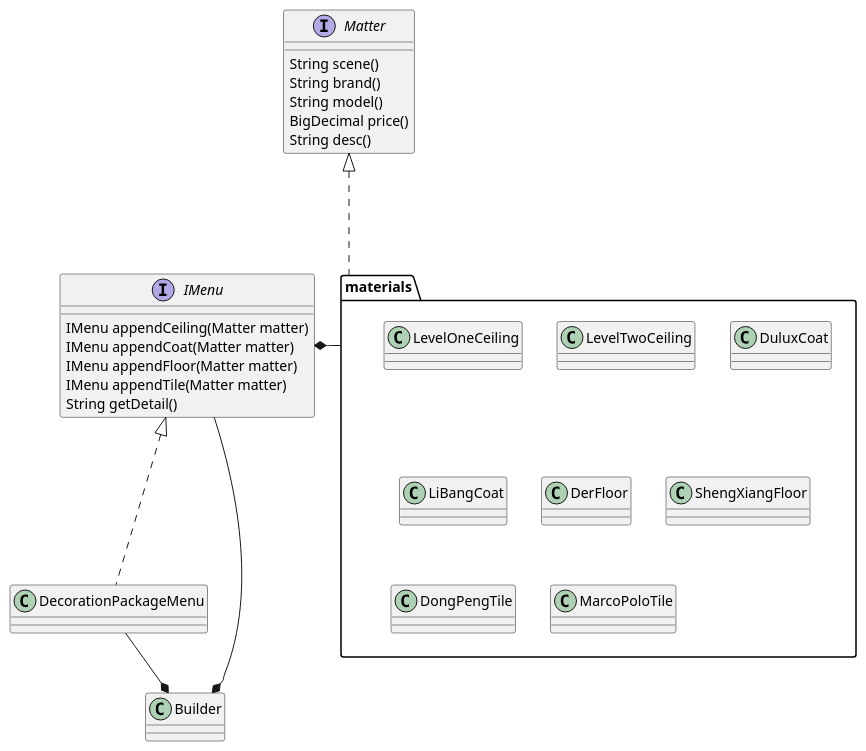
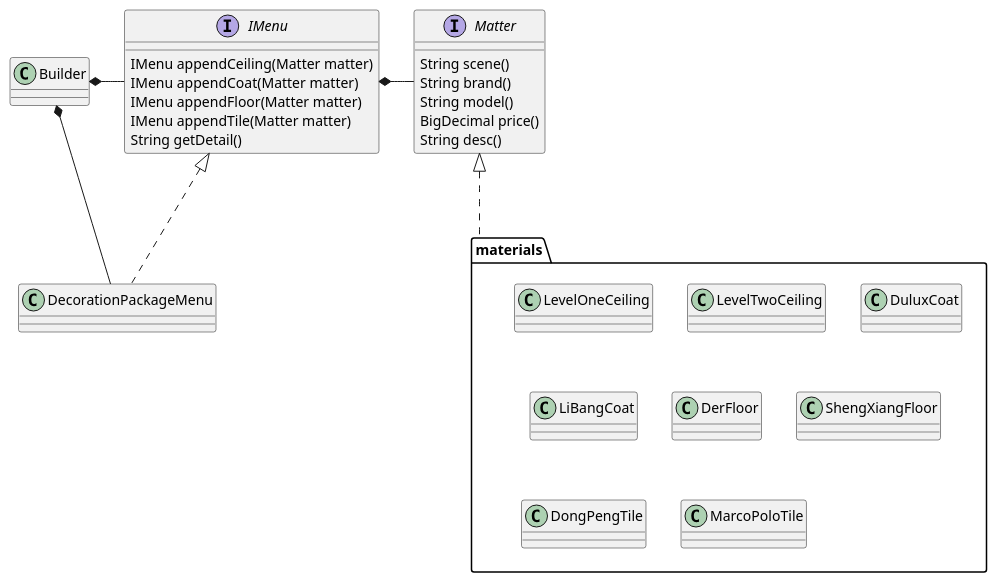
One commit to Neophilia-a/totorodemo changed the diagram in src/main/java/com/totoro/tororodemo/design_pattern/design_demo_2_02/PatternClass.puml. Above: the diagram before and after it, drawn with PlantUML.

Commit message:
建造工厂类图总结

```diff
--- a/src/main/java/com/totoro/tororodemo/design_pattern/design_demo_2_02/PatternClass.puml
+++ b/src/main/java/com/totoro/tororodemo/design_pattern/design_demo_2_02/PatternClass.puml
@@ -1,46 +1,46 @@
 @startuml
 'https://plantuml.com/class-diagram
 
 ' 每个材料需要实现的类
 interface Matter {
     String scene()
     String brand()
     String model()
     BigDecimal price()
     String desc()
 }
 package materials {
     ' 吊顶类
     class LevelOneCeiling
     class LevelTwoCeiling
 
     ' 涂料
     class DuluxCoat
     class LiBangCoat
 
     ' 地板
     class DerFloor
     class ShengXiangFloor
 
     ' 地砖
     class DongPengTile
     class MarcoPoloTile
 }
 materials -up..|> Matter
 
 interface IMenu {
     IMenu appendCeiling(Matter matter)
     IMenu appendCoat(Matter matter)
     IMenu appendFloor(Matter matter)
     IMenu appendTile(Matter matter)
     String getDetail()
 }
-materials -left--* IMenu
+Matter -left--* IMenu
 
 DecorationPackageMenu -up..|> IMenu
 
 class Builder
-IMenu -down--* Builder
+IMenu -left--* Builder
 DecorationPackageMenu --* Builder
 
 @enduml
```
